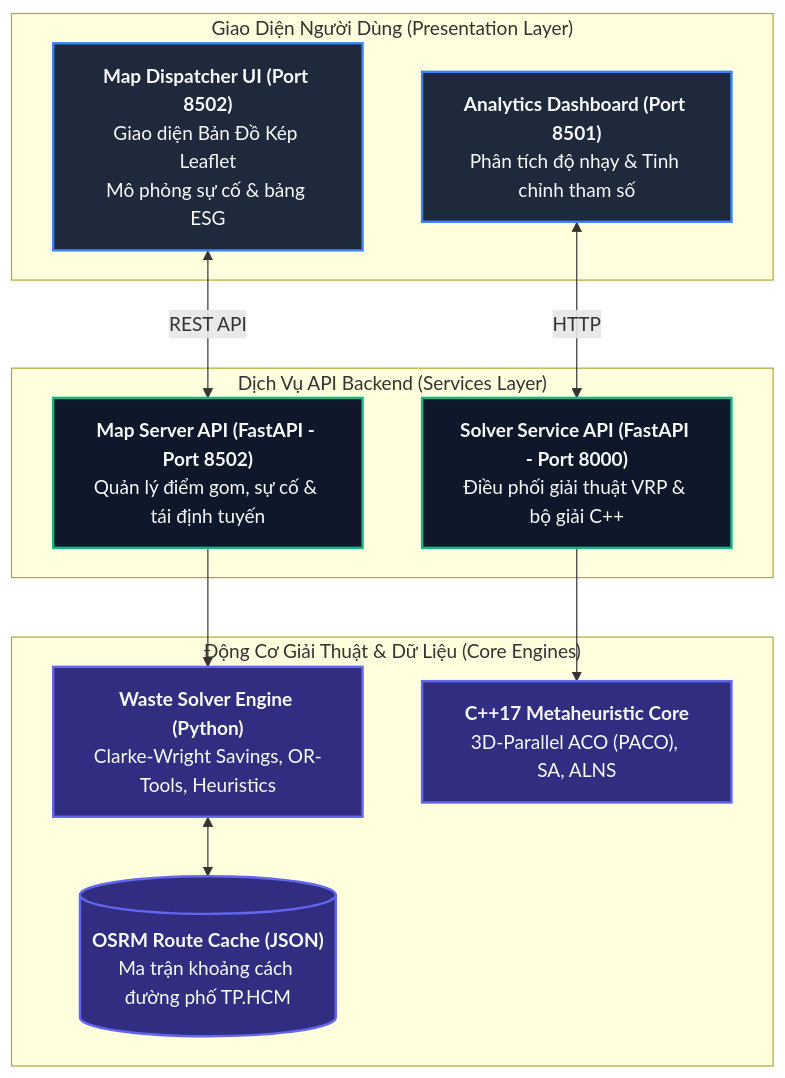
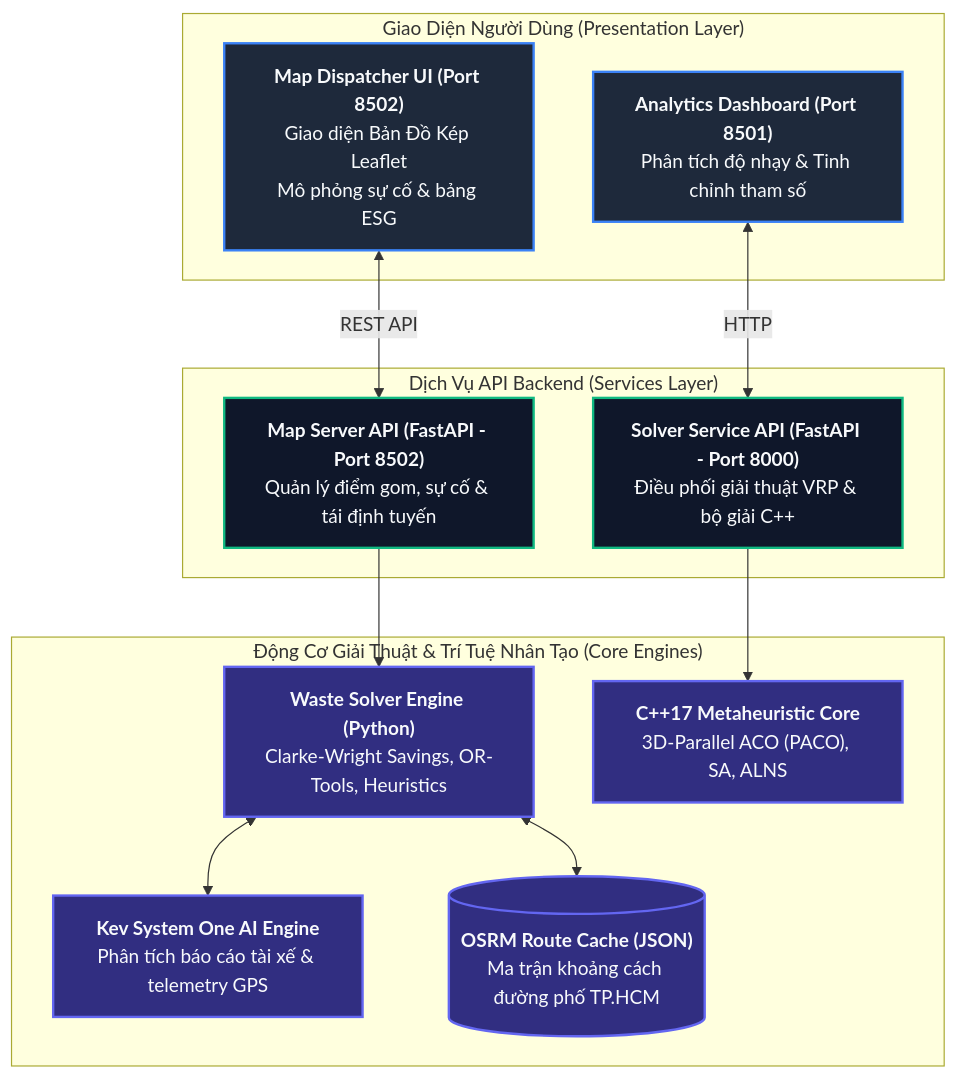
Before and after one commit to congnghip/Olympic: the diagram in docs/ARCHITECTURE.md, drawn with Mermaid. The commit also changed other lines of this file and 1 other file, not shown here.

Commit message:
docs: integrate Kev AI engine details into README and architecture

````diff
--- a/docs/ARCHITECTURE.md
+++ b/docs/ARCHITECTURE.md
@@ -9,28 +9,30 @@
 ```mermaid
 flowchart TD
     classDef client fill:#1e293b,stroke:#3b82f6,stroke-width:2px,color:#f8fafc;
     classDef service fill:#0f172a,stroke:#10b981,stroke-width:2px,color:#f8fafc;
     classDef engine fill:#312e81,stroke:#6366f1,stroke-width:2px,color:#f8fafc;
 
     subgraph Presentation ["Giao Diện Người Dùng (Presentation Layer)"]
         WebGIS["<b>Map Dispatcher UI (Port 8502)</b><br/>Giao diện Bản Đồ Kép Leaflet<br/>Mô phỏng sự cố & bảng ESG"]:::client
         StreamlitUI["<b>Analytics Dashboard (Port 8501)</b><br/>Phân tích độ nhạy & Tinh chỉnh tham số"]:::client
     end
 
     subgraph Services ["Dịch Vụ API Backend (Services Layer)"]
         MapServer["<b>Map Server API (FastAPI - Port 8502)</b><br/>Quản lý điểm gom, sự cố & tái định tuyến"]:::service
         BackendAPI["<b>Solver Service API (FastAPI - Port 8000)</b><br/>Điều phối giải thuật VRP & bộ giải C++"]:::service
     end
 
-    subgraph CoreEngines ["Động Cơ Giải Thuật & Dữ Liệu (Core Engines)"]
+    subgraph CoreEngines ["Động Cơ Giải Thuật & Trí Tuệ Nhân Tạo (Core Engines)"]
         WasteSolver["<b>Waste Solver Engine (Python)</b><br/>Clarke-Wright Savings, OR-Tools, Heuristics"]:::engine
+        KevAI["<b>Kev System One AI Engine</b><br/>Phân tích báo cáo tài xế & telemetry GPS"]:::engine
         CPPSolver["<b>C++17 Metaheuristic Core</b><br/>3D-Parallel ACO (PACO), SA, ALNS"]:::engine
         OSRM_Cache[("<b>OSRM Route Cache (JSON)</b><br/>Ma trận khoảng cách đường phố TP.HCM")]:::engine
     end
 
     WebGIS <-->|REST API| MapServer
     StreamlitUI <-->|HTTP| BackendAPI
     MapServer --> WasteSolver
     BackendAPI --> CPPSolver
+    WasteSolver <--> KevAI
     WasteSolver <--> OSRM_Cache
 ```
````
